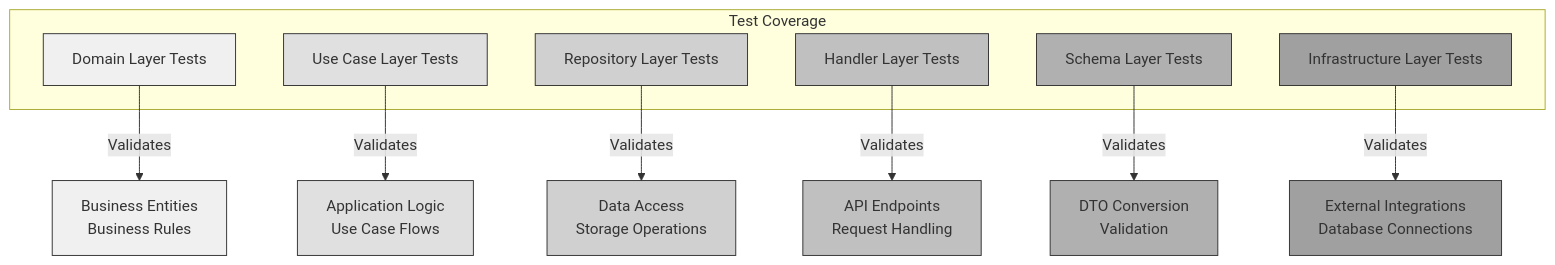
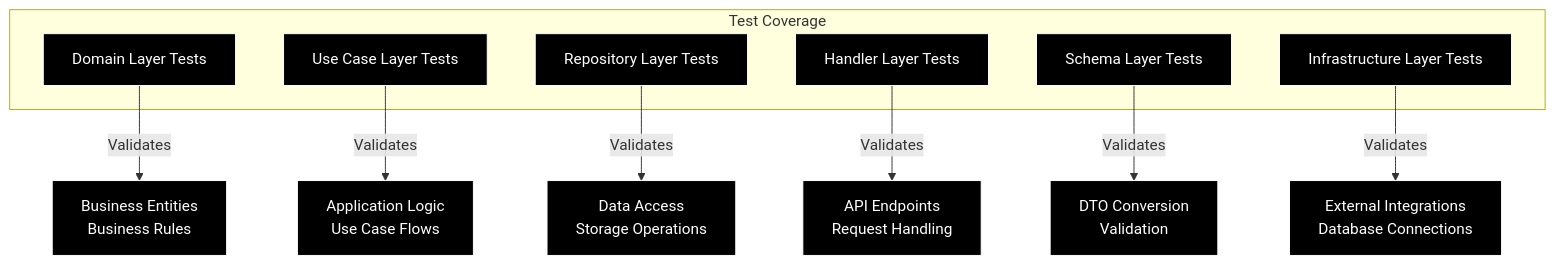
The fourth of 6 diagrams in README.md (ohta-rh/go-backend-boilerplate), drawn with Mermaid before and after one commit. The commit also changed other lines of this file, not shown here.

````diff
--- a/README.md
+++ b/README.md
@@ -195,32 +195,32 @@
 ```mermaid
 graph TD
     subgraph "Test Coverage"
         Domain["Domain Layer Tests"]
         UseCase["Use Case Layer Tests"]
         Repository["Repository Layer Tests"]
         Handler["Handler Layer Tests"]
         Schema["Schema Layer Tests"]
         Infra["Infrastructure Layer Tests"]
     end
     
     Domain --> |Validates| DomainEntities["Business Entities<br/>Business Rules"]
     UseCase --> |Validates| BusinessLogic["Application Logic<br/>Use Case Flows"]
     Repository --> |Validates| DataAccess["Data Access<br/>Storage Operations"]
     Handler --> |Validates| API["API Endpoints<br/>Request Handling"]
     Schema --> |Validates| DataTransformation["DTO Conversion<br/>Validation"]
     Infra --> |Validates| ExternalServices["External Integrations<br/>Database Connections"]
     
-    classDef domain fill:#f0f0f0,stroke:#333,stroke-width:1px;
-    classDef usecase fill:#e0e0e0,stroke:#333,stroke-width:1px;
-    classDef repo fill:#d0d0d0,stroke:#333,stroke-width:1px;
-    classDef handler fill:#c0c0c0,stroke:#333,stroke-width:1px;
-    classDef schema fill:#b0b0b0,stroke:#333,stroke-width:1px;
-    classDef infra fill:#a0a0a0,stroke:#333,stroke-width:1px;
+    classDef domain fill:#000000,stroke:#ffffff,stroke-width:1px,color:#ffffff;
+    classDef usecase fill:#000000,stroke:#ffffff,stroke-width:1px,color:#ffffff;
+    classDef repo fill:#000000,stroke:#ffffff,stroke-width:1px,color:#ffffff;
+    classDef handler fill:#000000,stroke:#ffffff,stroke-width:1px,color:#ffffff;
+    classDef schema fill:#000000,stroke:#ffffff,stroke-width:1px,color:#ffffff;
+    classDef infra fill:#000000,stroke:#ffffff,stroke-width:1px,color:#ffffff;
     
     class Domain,DomainEntities domain;
     class UseCase,BusinessLogic usecase;
     class Repository,DataAccess repo;
     class Handler,API handler;
     class Schema,DataTransformation schema;
     class Infra,ExternalServices infra;
 ```
````
